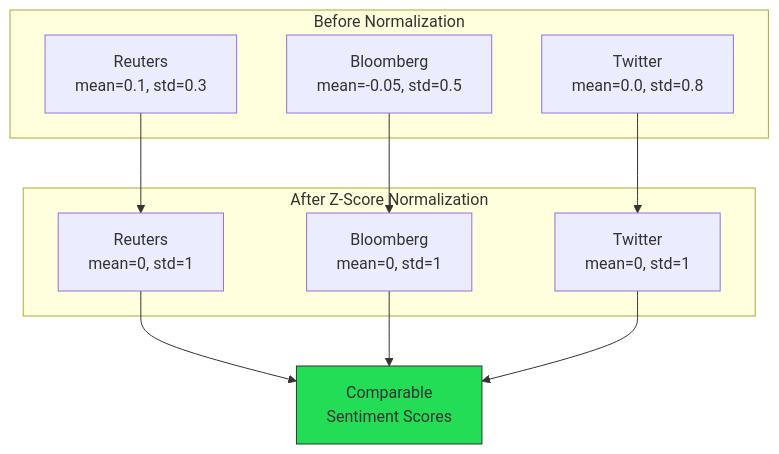
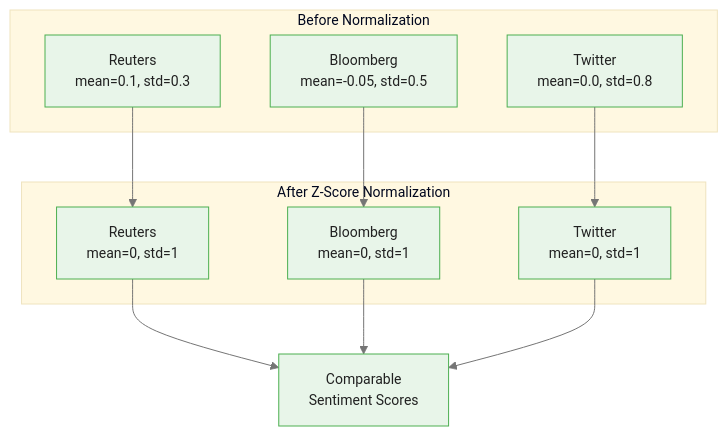
One commit to m-deane/course-creator changed the third of 6 diagrams in courses/genai-commodities/modules/module_03_sentiment/guides/02_sentiment_aggregation_slides.md. Above: the diagram before and after it, drawn with Mermaid. The commit also changed other lines of this file and 84 other files, not shown here.

````diff
--- a/courses/genai-commodities/modules/module_03_sentiment/guides/02_sentiment_aggregation_slides.md
+++ b/courses/genai-commodities/modules/module_03_sentiment/guides/02_sentiment_aggregation_slides.md
@@ -230,24 +257,23 @@
 ```mermaid
+%%{init: {"theme": "base", "themeVariables": {"primaryColor": "#e8f5e9", "primaryBorderColor": "#4caf50", "primaryTextColor": "#212121", "secondaryColor": "#e3f2fd", "tertiaryColor": "#fff8e1", "lineColor": "#757575", "fontFamily": "Inter, sans-serif", "fontSize": "14px"}}}%%
 flowchart TD
     subgraph Before["Before Normalization"]
         A1[Reuters<br/>mean=0.1, std=0.3]
         A2[Bloomberg<br/>mean=-0.05, std=0.5]
         A3[Twitter<br/>mean=0.0, std=0.8]
     end
 
     subgraph After["After Z-Score Normalization"]
         B1[Reuters<br/>mean=0, std=1]
         B2[Bloomberg<br/>mean=0, std=1]
         B3[Twitter<br/>mean=0, std=1]
     end
 
     A1 --> B1
     A2 --> B2
     A3 --> B3
 
     B1 --> C[Comparable<br/>Sentiment Scores]
     B2 --> C
     B3 --> C
-
-    style C fill:#2d5,stroke:#333
 ```
````
